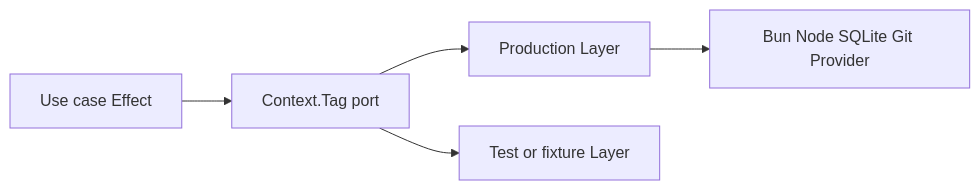
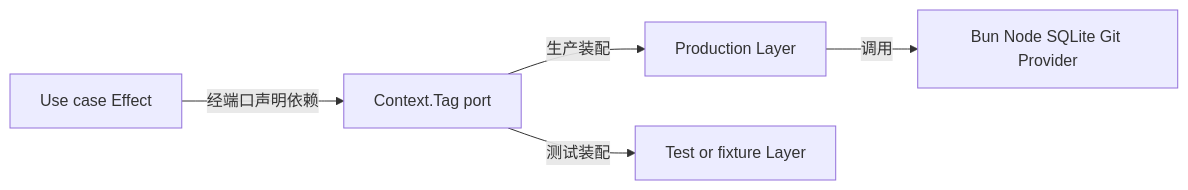
The second of 2 diagrams in v3-issue/BE.md (mouriya-s-lab/coder-loop), drawn with Mermaid before and after one commit. The commit also changed other lines of this file and 2 other files, not shown here.

````diff
--- a/v3-issue/BE.md
+++ b/v3-issue/BE.md
@@ -311,7 +143,7 @@
 ```mermaid
 flowchart LR
-    U[Use case Effect] --> T[Context.Tag port]
-    T --> L[Production Layer]
-    L --> B[Bun Node SQLite Git Provider]
-    T --> F[Test or fixture Layer]
+    U[Use case Effect] --经端口声明依赖--> T[Context.Tag port]
+    T --生产装配--> L[Production Layer]
+    L --调用--> B[Bun Node SQLite Git Provider]
+    T --测试装配--> F[Test or fixture Layer]
 ```
````
